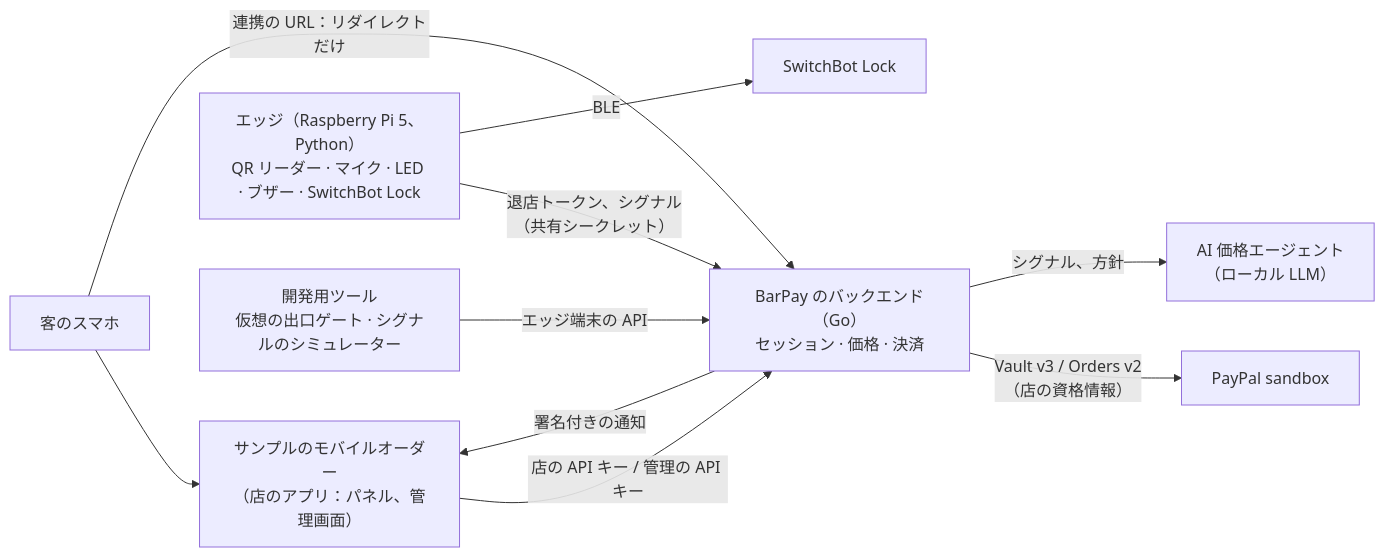
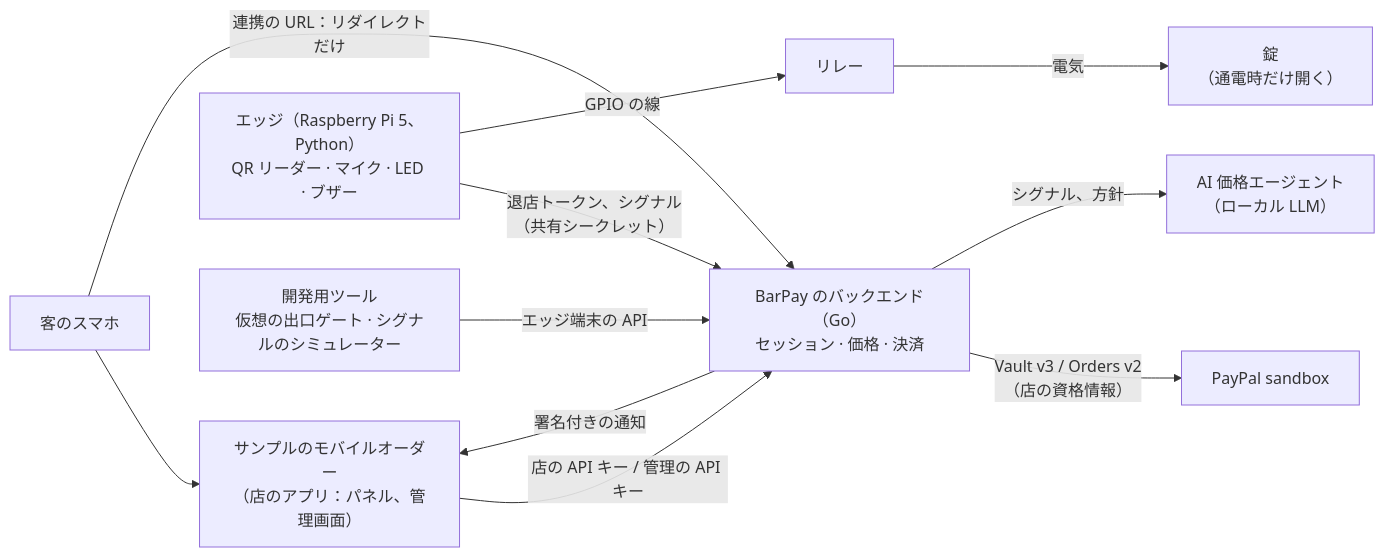
One commit to sumiredc/barpay changed the fourth of 4 diagrams in docs/PRD.ja.md. Above: the diagram before and after it, drawn with Mermaid. The commit also changed other lines of this file and 4 other files, not shown here.

First line of the commit message:
Describe the relay lock in the PRD and edge.yaml in place of SwitchBot

````diff
--- a/docs/PRD.ja.md
+++ b/docs/PRD.ja.md
@@ -363,12 +363,12 @@
 ```mermaid
 flowchart LR
   Phone["客のスマホ"] --> App["サンプルのモバイルオーダー<br/>（店のアプリ：パネル、管理画面）"]
   Phone -- "連携の URL：リダイレクトだけ" --> API
   App -- "店の API キー / 管理の API キー" --> API
   API -- "署名付きの通知" --> App
   API["BarPay のバックエンド（Go）<br/>セッション · 価格 · 決済"] -- "Vault v3 / Orders v2<br/>（店の資格情報）" --> PP["PayPal sandbox"]
   API -- "シグナル、方針" --> LLM["AI 価格エージェント<br/>（ローカル LLM）"]
-  Edge["エッジ（Raspberry Pi 5、Python）<br/>QR リーダー · マイク · LED · ブザー · SwitchBot Lock"] -- "退店トークン、シグナル<br/>（共有シークレット）" --> API
-  Edge -- BLE --> Lock["SwitchBot Lock"]
+  Edge["エッジ（Raspberry Pi 5、Python）<br/>QR リーダー · マイク · LED · ブザー"] -- "退店トークン、シグナル<br/>（共有シークレット）" --> API
+  Edge -- "GPIO の線" --> Relay["リレー"] -- "電気" --> Lock["錠<br/>（通電時だけ開く）"]
   Dev["開発用ツール<br/>仮想の出口ゲート · シグナルのシミュレーター"] -- "エッジ端末の API" --> API
 ```
````
